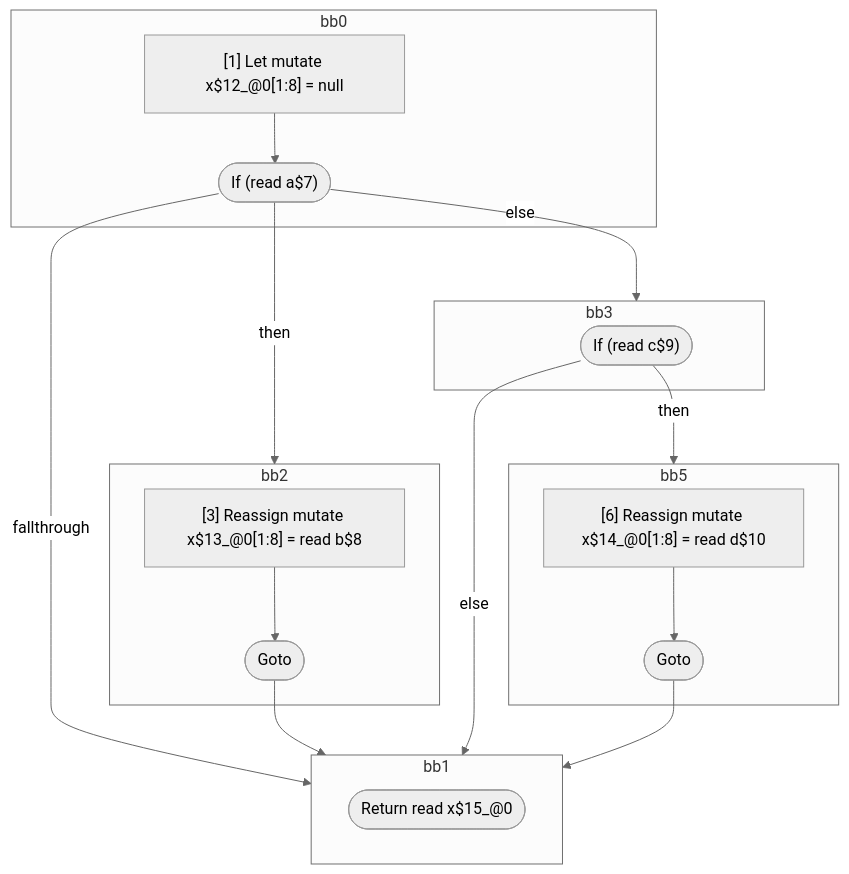
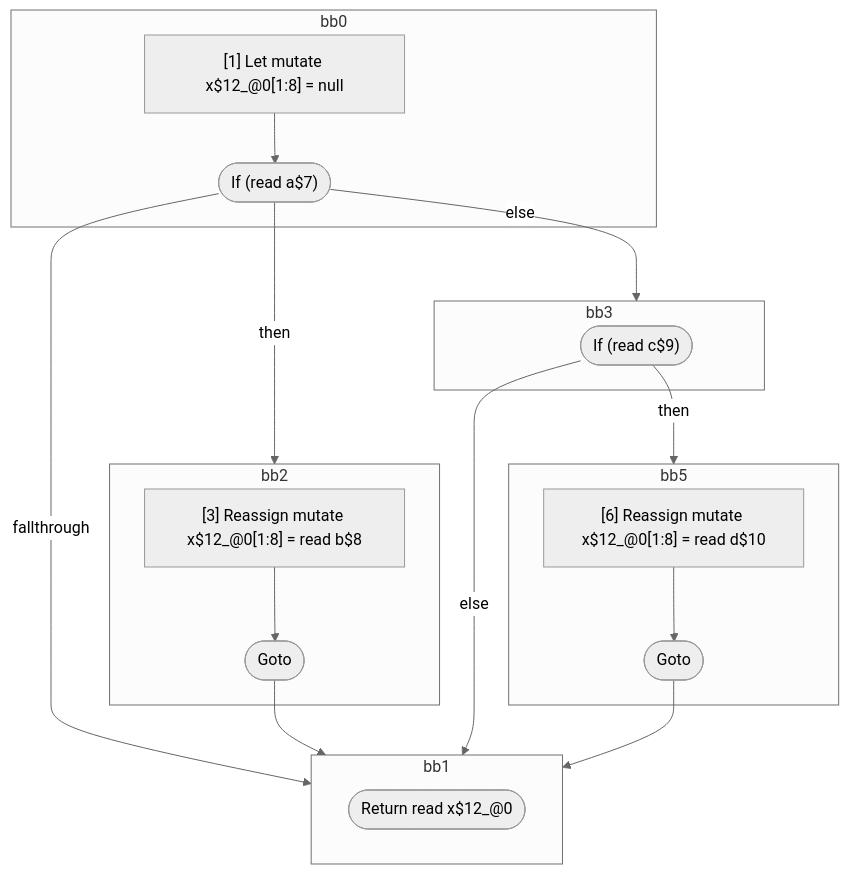
One commit to wutsmog/private changed the diagram in compiler/forget/src/__tests__/fixtures/hir/ssa-nested-partial-reassignment.expect.md. Above: the diagram before and after it, drawn with Mermaid (neutral theme). The commit also changed other lines of this file and 61 other files, not shown here.

````diff
--- a/compiler/forget/src/__tests__/fixtures/hir/ssa-nested-partial-reassignment.expect.md
+++ b/compiler/forget/src/__tests__/fixtures/hir/ssa-nested-partial-reassignment.expect.md
@@ -49,38 +48,38 @@
 ```mermaid
 flowchart TB
   %% Basic Blocks
   subgraph bb0
     bb0_instrs["
       [1] Let mutate x$12_@0[1:8] = null
     "]
     bb0_instrs --> bb0_terminal(["If (read a$7)"])
   end
   subgraph bb2
     bb2_instrs["
-      [3] Reassign mutate x$13_@0[1:8] = read b$8
+      [3] Reassign mutate x$12_@0[1:8] = read b$8
     "]
     bb2_instrs --> bb2_terminal(["Goto"])
   end
   subgraph bb3
     bb3_terminal(["If (read c$9)"])
   end
   subgraph bb5
     bb5_instrs["
-      [6] Reassign mutate x$14_@0[1:8] = read d$10
+      [6] Reassign mutate x$12_@0[1:8] = read d$10
     "]
     bb5_instrs --> bb5_terminal(["Goto"])
   end
   subgraph bb1
-    bb1_terminal(["Return read x$15_@0"])
+    bb1_terminal(["Return read x$12_@0"])
   end
 
   %% Jumps
   bb0_terminal -- "then" --> bb2
   bb0_terminal -- "else" --> bb3
   bb0_terminal -- "fallthrough" --> bb1
   bb2_terminal --> bb1
   bb3_terminal -- "then" --> bb5
   bb3_terminal -- "else" --> bb1
   bb5_terminal --> bb1
 
 ```
````
